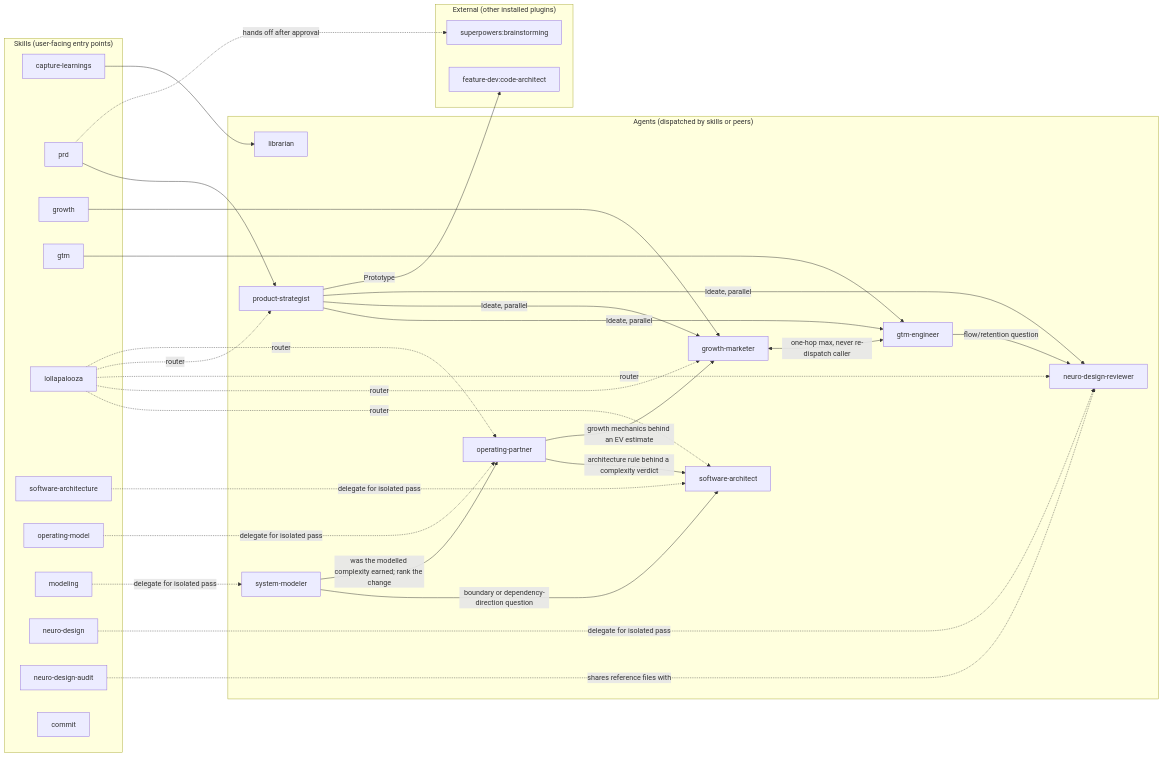
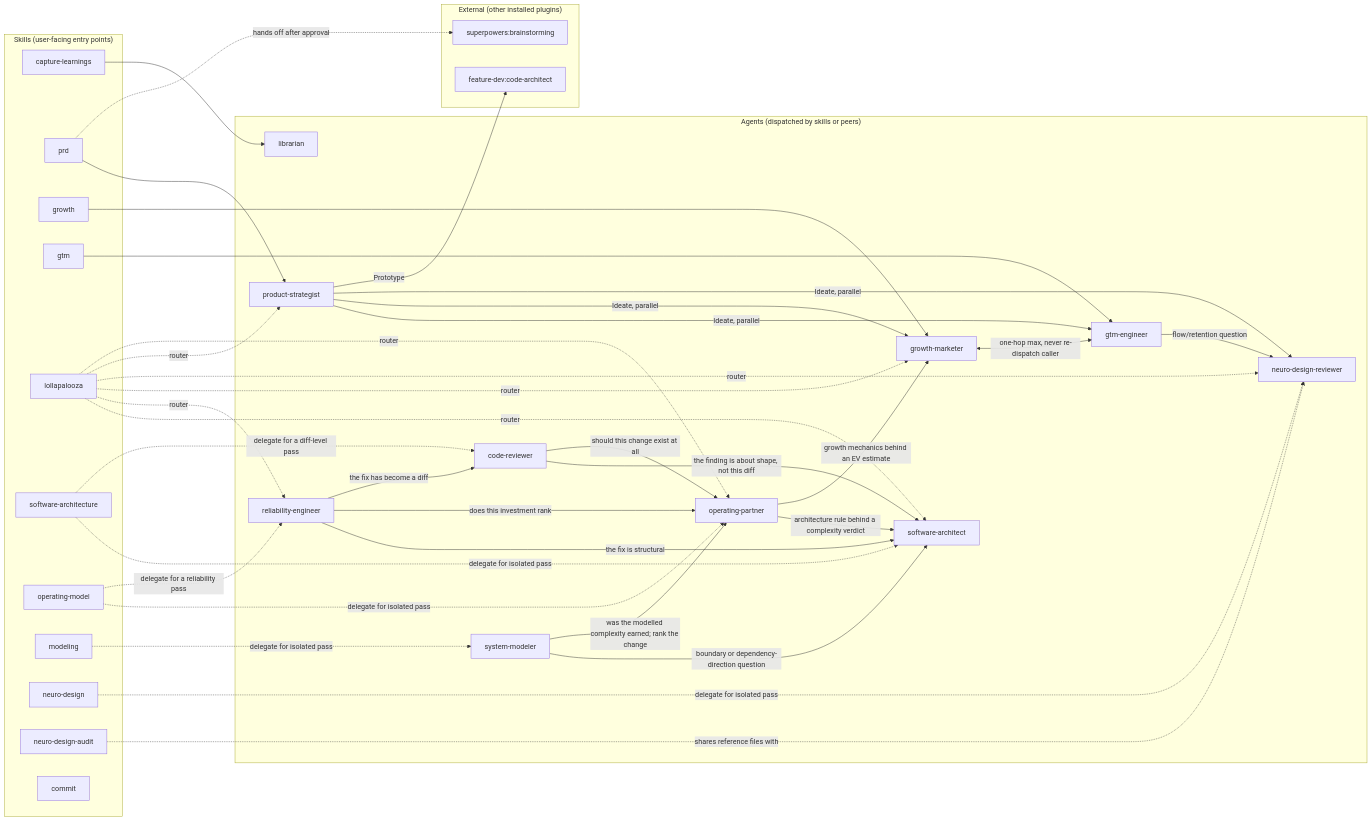
One commit to bernardoforcillo/copilot changed the diagram in docs/architecture.md. Above: the diagram before and after it, drawn with Mermaid. The commit also changed other lines of this file and 7 other files, not shown here.

````diff
--- a/docs/architecture.md
+++ b/docs/architecture.md
@@ -13,62 +13,74 @@
 ```mermaid
 graph LR
   subgraph Skills["Skills (user-facing entry points)"]
     capture-learnings
     prd
     growth
     gtm
     lollapalooza
     software-architecture
     operating-model
     modeling
     neuro-design
     neuro-design-audit
     commit
   end
 
   subgraph Agents["Agents (dispatched by skills or peers)"]
     librarian
     product-strategist
     growth-marketer
     gtm-engineer
     software-architect
+    code-reviewer
     operating-partner
+    reliability-engineer
     system-modeler
     neuro-design-reviewer
   end
 
   subgraph External["External (other installed plugins)"]
     code-architect["feature-dev:code-architect"]
     brainstorming["superpowers:brainstorming"]
   end
 
   capture-learnings --> librarian
   prd --> product-strategist
   growth --> growth-marketer
   gtm --> gtm-engineer
   lollapalooza -.router.-> software-architect
+  lollapalooza -.router.-> reliability-engineer
   lollapalooza -.router.-> growth-marketer
   lollapalooza -.router.-> neuro-design-reviewer
   lollapalooza -.router.-> product-strategist
   lollapalooza -.router.-> operating-partner
   software-architecture -.delegate for isolated pass.-> software-architect
+  software-architecture -.delegate for a diff-level pass.-> code-reviewer
   operating-model -.delegate for isolated pass.-> operating-partner
+  operating-model -.delegate for a reliability pass.-> reliability-engineer
   modeling -.delegate for isolated pass.-> system-modeler
   neuro-design -.delegate for isolated pass.-> neuro-design-reviewer
   neuro-design-audit -.shares reference files with.-> neuro-design-reviewer
 
   product-strategist -->|Ideate, parallel| gtm-engineer
   product-strategist -->|Ideate, parallel| growth-marketer
   product-strategist -->|Ideate, parallel| neuro-design-reviewer
   product-strategist -->|Prototype| code-architect
   prd -.hands off after approval.-> brainstorming
 
   growth-marketer <-->|one-hop max, never re-dispatch caller| gtm-engineer
   gtm-engineer -->|flow/retention question| neuro-design-reviewer
 
   operating-partner -->|architecture rule behind a complexity verdict| software-architect
   operating-partner -->|growth mechanics behind an EV estimate| growth-marketer
 
   system-modeler -->|boundary or dependency-direction question| software-architect
   system-modeler -->|was the modelled complexity earned; rank the change| operating-partner
+
+  code-reviewer -->|the finding is about shape, not this diff| software-architect
+  code-reviewer -->|should this change exist at all| operating-partner
+
+  reliability-engineer -->|the fix is structural| software-architect
+  reliability-engineer -->|does this investment rank| operating-partner
+  reliability-engineer -->|the fix has become a diff| code-reviewer
 ```
````
